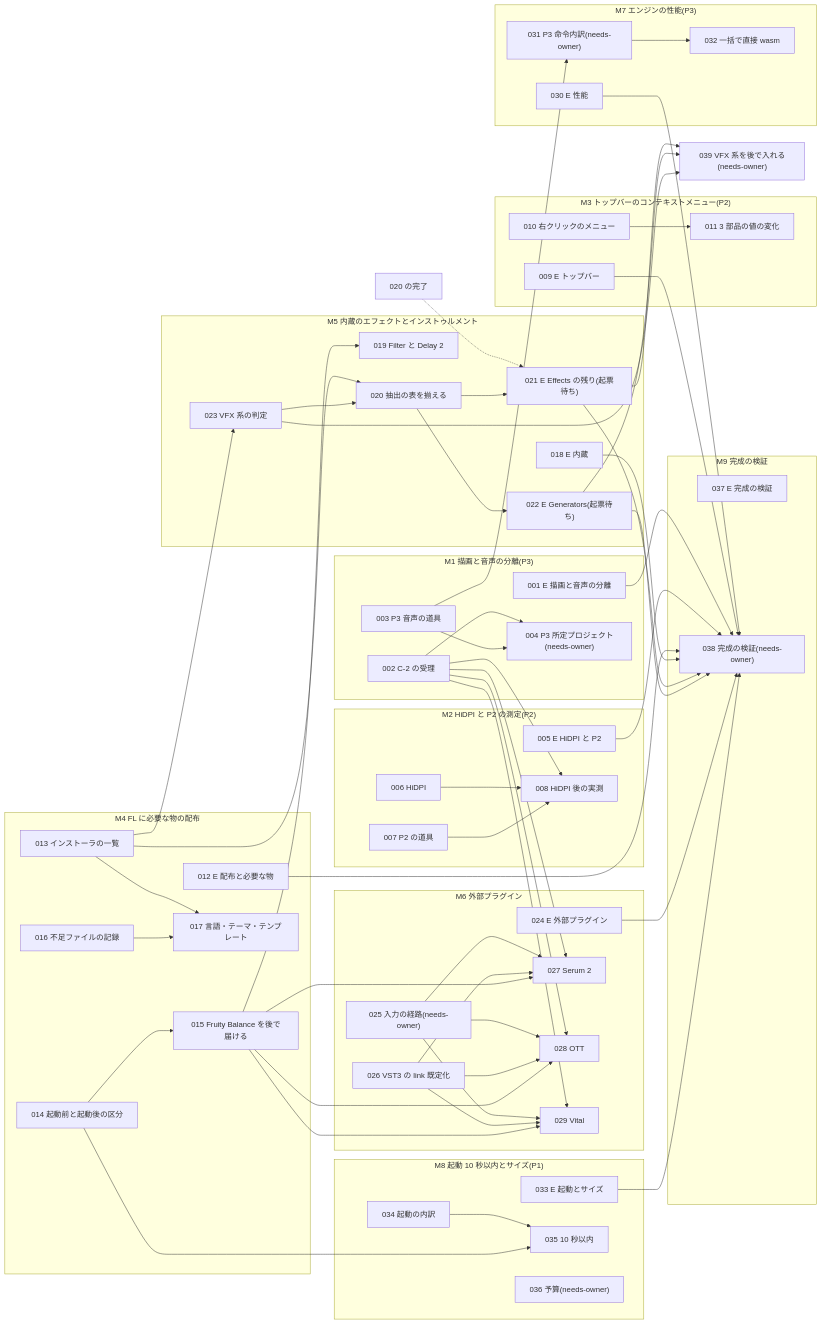
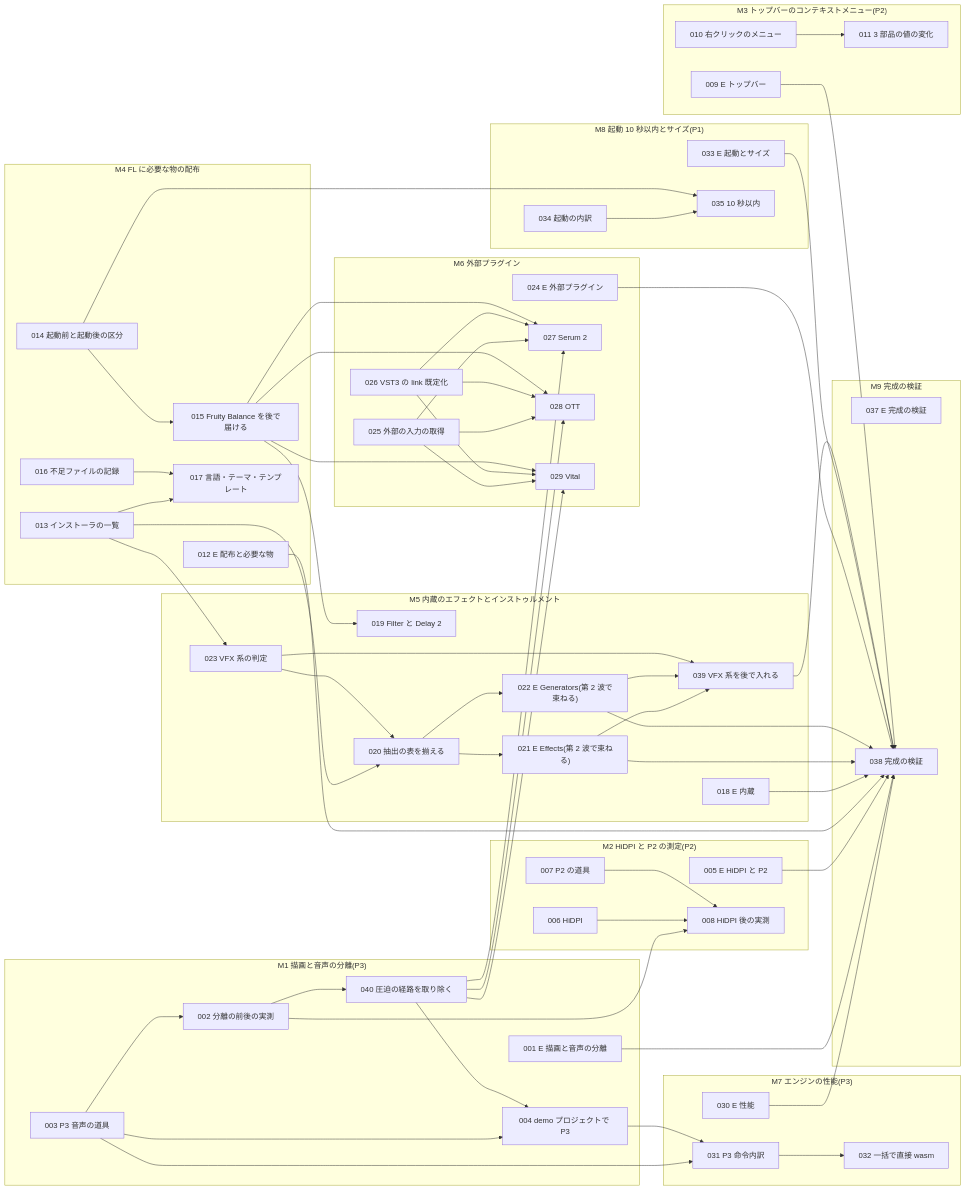
One commit to signature-studio/signature-studio changed the diagram in pm-work/issue-drafts/GRAPH.md. Above: the diagram before and after it, drawn with Mermaid. The commit also changed other lines of this file and 2 other files, not shown here.

Commit message:
pm: 索引・依存図を新しい依存に合わせる。ラベルから needs-owner を外す
- INDEX: 件数 Epic 11・task 28(036 を削除、040 を追加)。即時に起動するのは 10 件
- GRAPH: 040 と 002 の依存、025 の即時化、039 の自動起動
- LABELS: 運用 5 種。needs-owner は作らない

````diff
--- a/pm-work/issue-drafts/GRAPH.md
+++ b/pm-work/issue-drafts/GRAPH.md
@@ -6,9 +6,10 @@
 flowchart LR
   subgraph M1["M1 描画と音声の分離(P3)"]
     E001["001 E 描画と音声の分離"]
-    T002["002 C-2 の受理"]
     T003["003 P3 音声の道具"]
-    T004["004 P3 所定プロジェクト(needs-owner)"]
+    T002["002 分離の前後の実測"]
+    T040["040 圧迫の経路を取り除く"]
+    T004["004 demo プロジェクトで P3"]
   end
   subgraph M2["M2 HiDPI と P2 の測定(P2)"]
     E005["005 E HiDPI と P2"]
@@ -34,12 +35,13 @@
     T019["019 Filter と Delay 2"]
     T020["020 抽出の表を揃える"]
     T023["023 VFX 系の判定"]
-    E021["021 E Effects の残り(起票待ち)"]
-    E022["022 E Generators(起票待ち)"]
+    E021["021 E Effects(第 2 波で束ねる)"]
+    E022["022 E Generators(第 2 波で束ねる)"]
+    T039["039 VFX 系を後で入れる"]
   end
   subgraph M6["M6 外部プラグイン"]
     E024["024 E 外部プラグイン"]
-    T025["025 入力の経路(needs-owner)"]
+    T025["025 外部の入力の取得"]
     T026["026 VST3 の link 既定化"]
     T027["027 Serum 2"]
     T028["028 OTT"]
@@ -47,22 +49,23 @@
   end
   subgraph M7["M7 エンジンの性能(P3)"]
     E030["030 E 性能"]
-    T031["031 P3 命令内訳(needs-owner)"]
+    T031["031 P3 命令内訳"]
     T032["032 一括で直接 wasm"]
   end
   subgraph M8["M8 起動 10 秒以内とサイズ(P1)"]
     E033["033 E 起動とサイズ"]
     T034["034 起動の内訳"]
     T035["035 10 秒以内"]
-    T036["036 予算(needs-owner)"]
   end
   subgraph M9["M9 完成の検証"]
     E037["037 E 完成の検証"]
-    T038["038 完成の検証(needs-owner)"]
+    T038["038 完成の検証"]
   end
 
-  T002 --> T004
+  T003 --> T002
+  T002 --> T040
   T003 --> T004
+  T040 --> T004
   T002 --> T008
   T006 --> T008
   T007 --> T008
@@ -73,17 +76,15 @@
   T015 --> T019
   T013 --> T020
   T023 --> T020
-  T039["039 VFX 系を後で入れる(needs-owner)"]
+  T013 --> T023
+  T020 --> E021
+  T020 --> E022
   E021 --> T039
   E022 --> T039
   T023 --> T039
-  T013 --> T023
-  E020X["020 の完了"] -.-> E021
-  T020 --> E021
-  T020 --> E022
-  T002 --> T027
-  T002 --> T028
-  T002 --> T029
+  T040 --> T027
+  T040 --> T028
+  T040 --> T029
   T025 --> T027
   T026 --> T027
   T015 --> T027
@@ -94,6 +95,7 @@
   T026 --> T029
   T015 --> T029
   T003 --> T031
+  T004 --> T031
   T031 --> T032
   T034 --> T035
   T014 --> T035
@@ -107,4 +109,5 @@
   E024 --> T038
   E030 --> T038
   E033 --> T038
+  T039 --> T038
 ```
````
